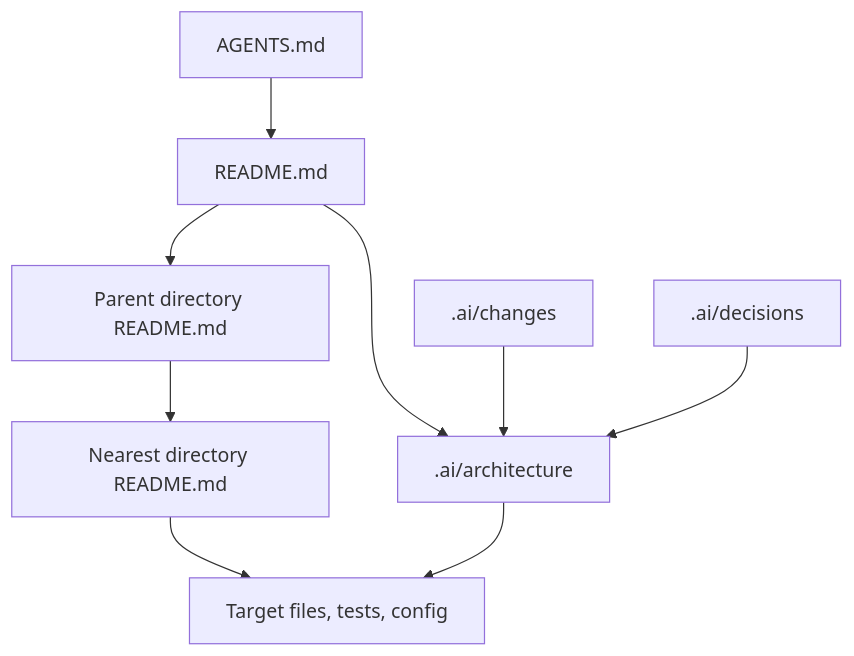
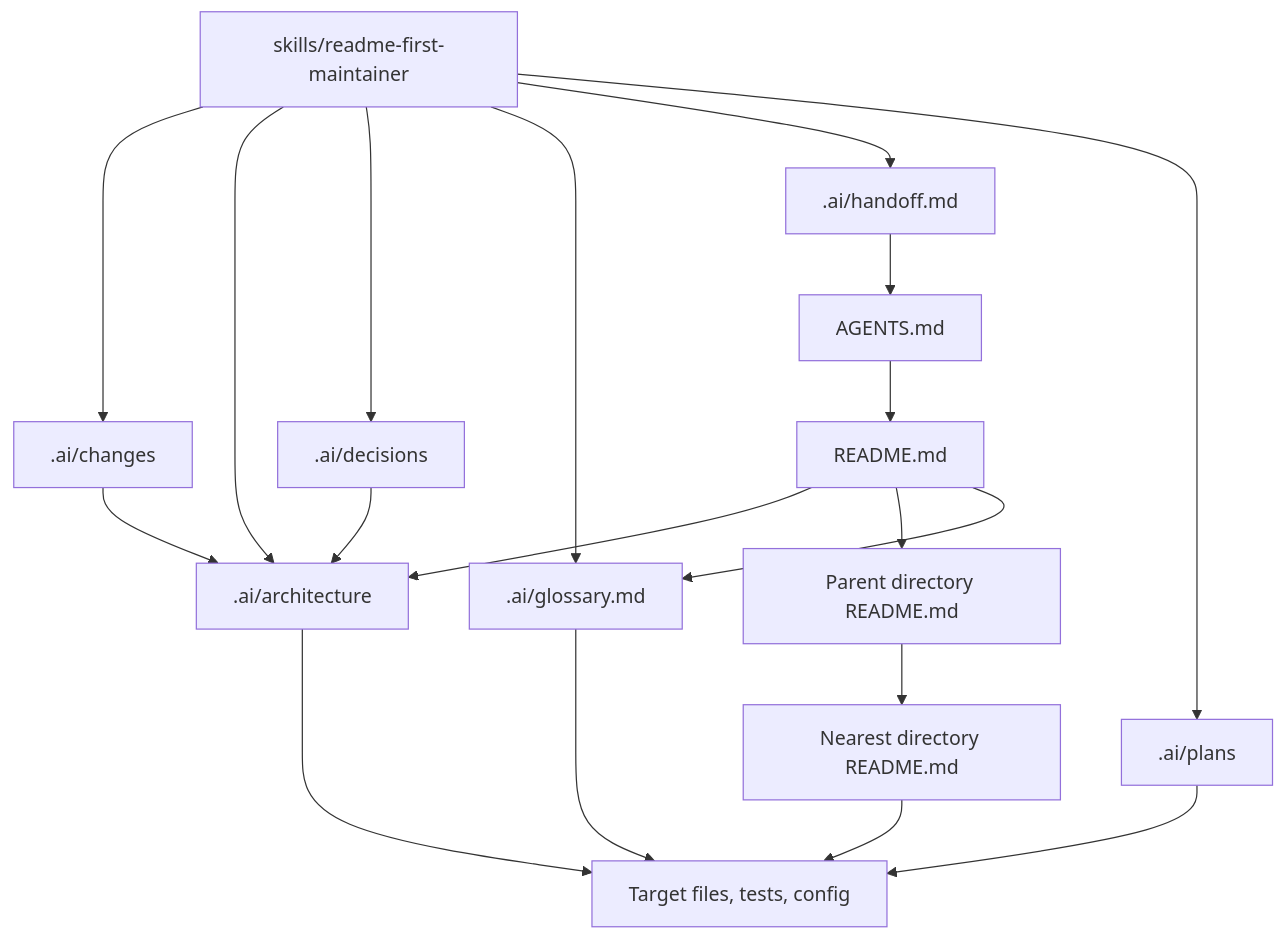
The diagram in .ai/architecture/dependency-boundaries.md (endearqb/ReadmeFirst), drawn with Mermaid before and after one commit. The commit also changed other lines of this file and 26 other files, not shown here.

````diff
--- a/.ai/architecture/dependency-boundaries.md
+++ b/.ai/architecture/dependency-boundaries.md
@@ -9,20 +10,34 @@
 ```mermaid
 flowchart TD
   Agents["AGENTS.md"]
   Root["README.md"]
   Architecture[".ai/architecture"]
   ParentReadme["Parent directory README.md"]
   LocalReadme["Nearest directory README.md"]
   Target["Target files, tests, config"]
   Changes[".ai/changes"]
   Decisions[".ai/decisions"]
+  Glossary[".ai/glossary.md"]
+  Handoff[".ai/handoff.md"]
+  Plans[".ai/plans"]
+  Maintainer["skills/readme-first-maintainer"]
 
   Agents --> Root
   Root --> Architecture
   Root --> ParentReadme
+  Root --> Glossary
+  Handoff --> Agents
   ParentReadme --> LocalReadme
   LocalReadme --> Target
   Architecture --> Target
   Changes --> Architecture
   Decisions --> Architecture
+  Glossary --> Target
+  Plans --> Target
+  Maintainer --> Changes
+  Maintainer --> Architecture
+  Maintainer --> Decisions
+  Maintainer --> Glossary
+  Maintainer --> Handoff
+  Maintainer --> Plans
 ```
````
